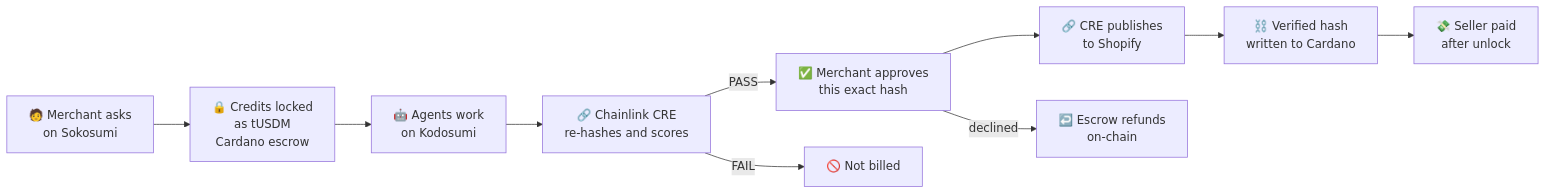
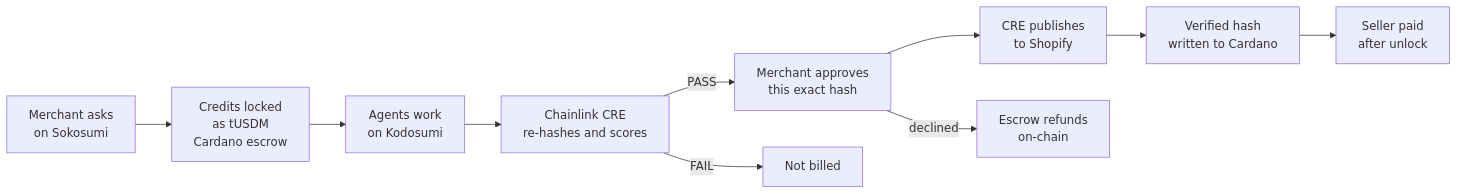
Before and after one commit to Marshal-AM/Uplift: the first of 15 diagrams in README.md, drawn with Mermaid. The commit also changed other lines of this file, not shown here.

First line of the commit message:
README: Uplift on Cardano, Shopify and Google Ads, with on-chain proof

````diff
--- a/README.md
+++ b/README.md
@@ -201,12 +195,12 @@
 ```mermaid
 flowchart LR
-  A["🧑 Merchant asks<br/>on Sokosumi"] --> B["🔒 Credits locked<br/>as tUSDM<br/>Cardano escrow"]
-  B --> C["🤖 Agents work<br/>on Kodosumi"]
-  C --> D["🔗 Chainlink CRE<br/>re-hashes and scores"]
-  D -->|PASS| E["✅ Merchant approves<br/>this exact hash"]
-  D -->|FAIL| X["🚫 Not billed"]
-  E --> F["🔗 CRE publishes<br/>to Shopify"]
-  F --> G["⛓️ Verified hash<br/>written to Cardano"]
-  G --> H["💸 Seller paid<br/>after unlock"]
-  E -->|declined| R["↩️ Escrow refunds<br/>on-chain"]
+  A["Merchant asks<br/>on Sokosumi"] --> B["Credits locked<br/>as tUSDM<br/>Cardano escrow"]
+  B --> C["Agents work<br/>on Kodosumi"]
+  C --> D["Chainlink CRE<br/>re-hashes and scores"]
+  D -->|PASS| E["Merchant approves<br/>this exact hash"]
+  D -->|FAIL| X["Not billed"]
+  E --> F["CRE publishes<br/>to Shopify"]
+  F --> G["Verified hash<br/>written to Cardano"]
+  G --> H["Seller paid<br/>after unlock"]
+  E -->|declined| R["Escrow refunds<br/>on-chain"]
 ```
````
